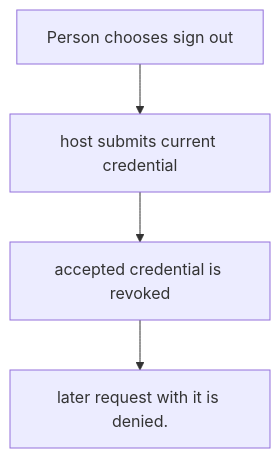
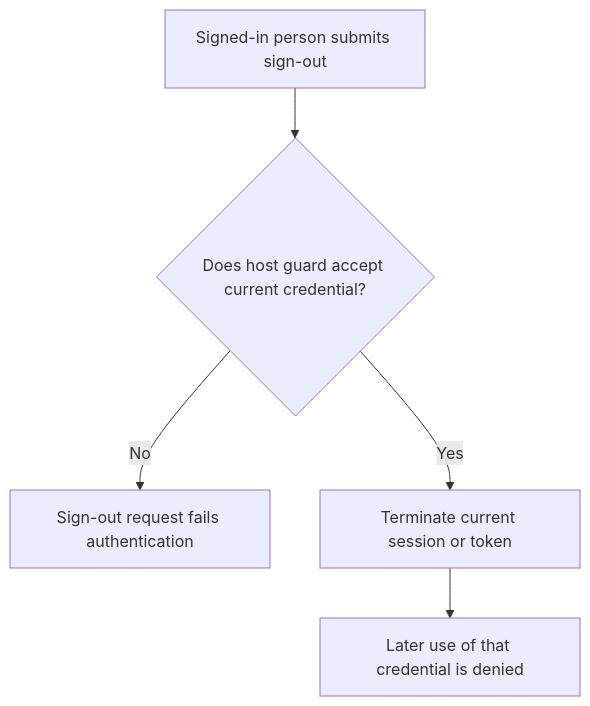
The first of 2 diagrams in user-stories/US-ACCOUNT-04-sign-out.md (Kevinjohn/oss-adonisjs-account-kit), drawn with Mermaid before and after one commit. The commit also changed other lines of this file and 17 other files, not shown here.

````diff
--- a/user-stories/US-ACCOUNT-04-sign-out.md
+++ b/user-stories/US-ACCOUNT-04-sign-out.md
@@ -20,10 +18,7 @@
 ```mermaid
 flowchart TD
-    U0["Person chooses sign out"]
-    U1["host submits current credential"]
-    U0 --> U1
-    U2["accepted credential is revoked"]
-    U1 --> U2
-    U3["later request with it is denied."]
-    U2 --> U3
+ A["Signed-in person submits sign-out"] --> B{"Does host guard accept current credential?"}
+ B -->|No| C["Sign-out request fails authentication"]
+ B -->|Yes| D["Terminate current session or token"]
+ D --> E["Later use of that credential is denied"]
 ```
````
